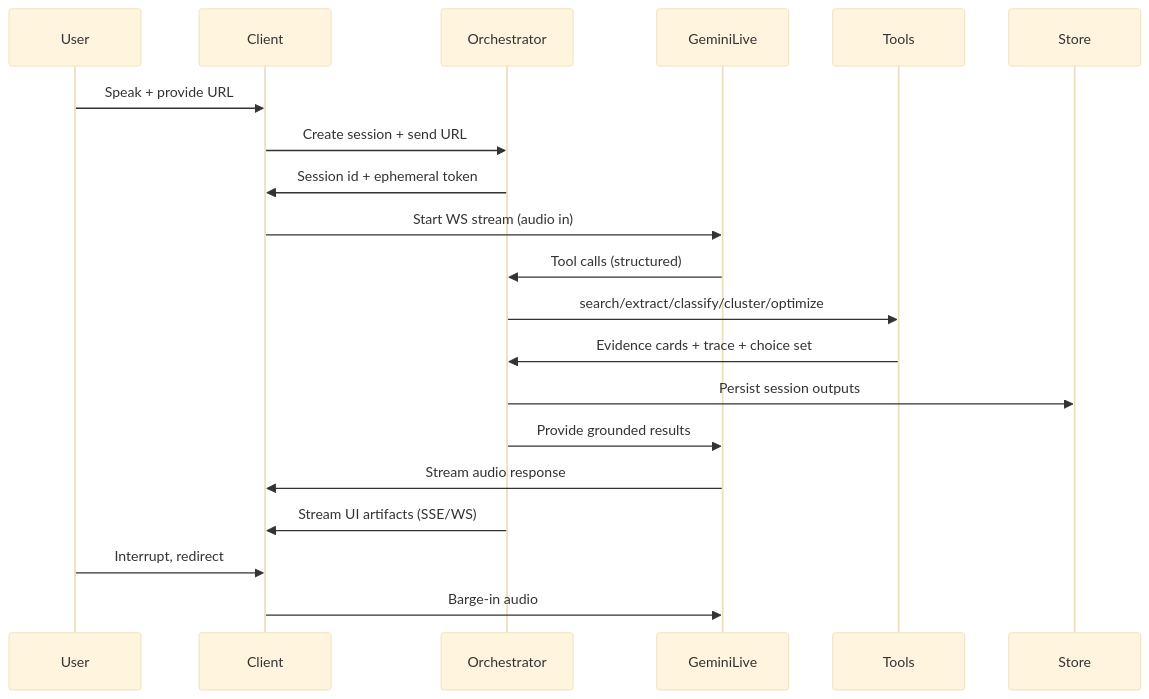
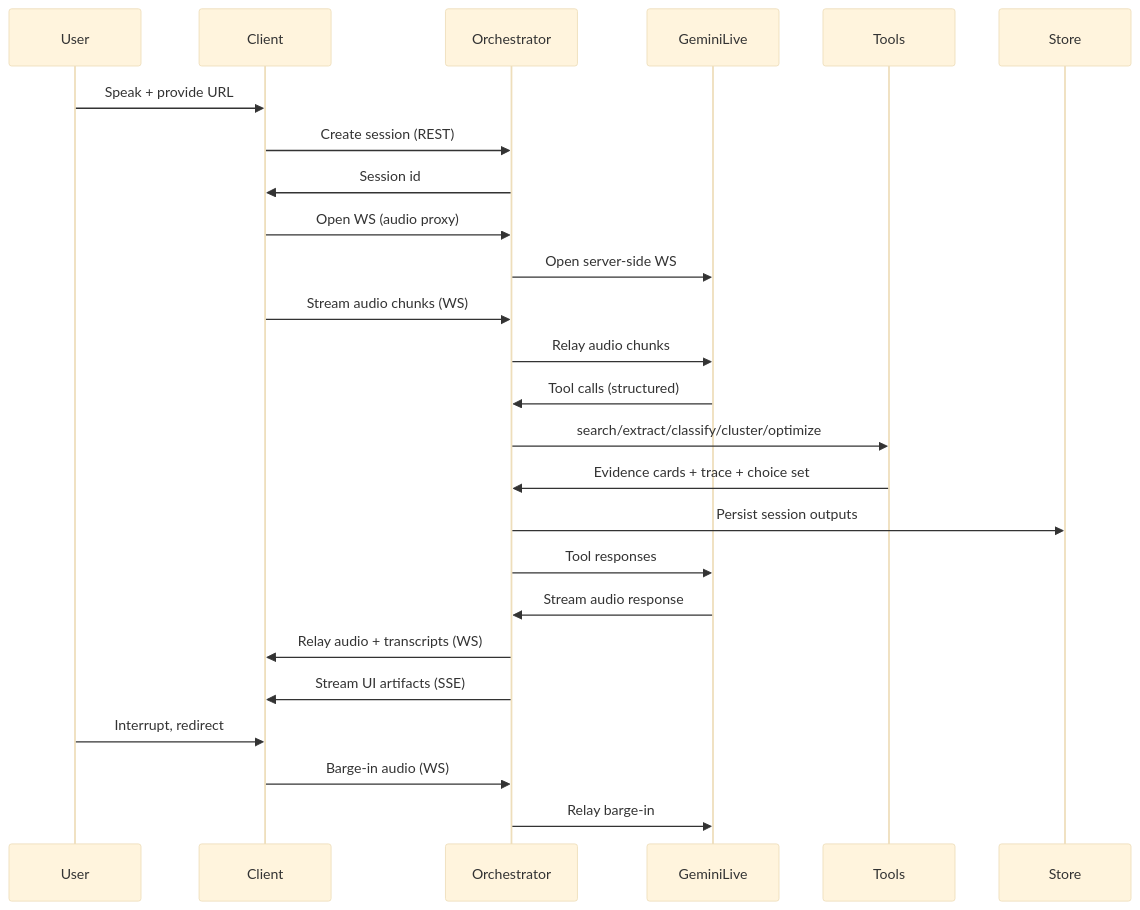
One commit to seanesla/oryn changed the second of 2 diagrams in architecture-4.md. Above: the diagram before and after it, drawn with Mermaid (base theme). The commit also changed other lines of this file and 33 other files, not shown here.

````diff
--- a/architecture-4.md
+++ b/architecture-4.md
@@ -208,23 +213,28 @@
 ```mermaid
 sequenceDiagram
   participant User
   participant Client
   participant Orchestrator
   participant GeminiLive
   participant Tools
   participant Store
 
   User->>Client: Speak + provide URL
-  Client->>Orchestrator: Create session + send URL
-  Orchestrator->>Client: Session id + ephemeral token
-  Client->>GeminiLive: Start WS stream (audio in)
+  Client->>Orchestrator: Create session (REST)
+  Orchestrator->>Client: Session id
+  Client->>Orchestrator: Open WS (audio proxy)
+  Orchestrator->>GeminiLive: Open server-side WS
+  Client->>Orchestrator: Stream audio chunks (WS)
+  Orchestrator->>GeminiLive: Relay audio chunks
   GeminiLive->>Orchestrator: Tool calls (structured)
   Orchestrator->>Tools: search/extract/classify/cluster/optimize
   Tools->>Orchestrator: Evidence cards + trace + choice set
   Orchestrator->>Store: Persist session outputs
-  Orchestrator->>GeminiLive: Provide grounded results
-  GeminiLive->>Client: Stream audio response
-  Orchestrator->>Client: Stream UI artifacts (SSE/WS)
+  Orchestrator->>GeminiLive: Tool responses
+  GeminiLive->>Orchestrator: Stream audio response
+  Orchestrator->>Client: Relay audio + transcripts (WS)
+  Orchestrator->>Client: Stream UI artifacts (SSE)
   User->>Client: Interrupt, redirect
-  Client->>GeminiLive: Barge-in audio
+  Client->>Orchestrator: Barge-in audio (WS)
+  Orchestrator->>GeminiLive: Relay barge-in
 ```
````
